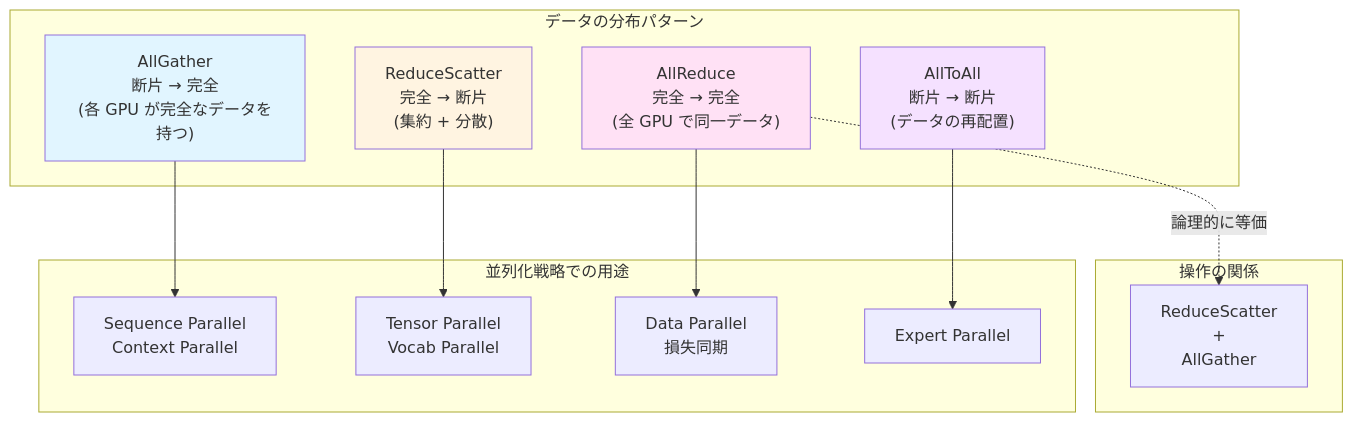
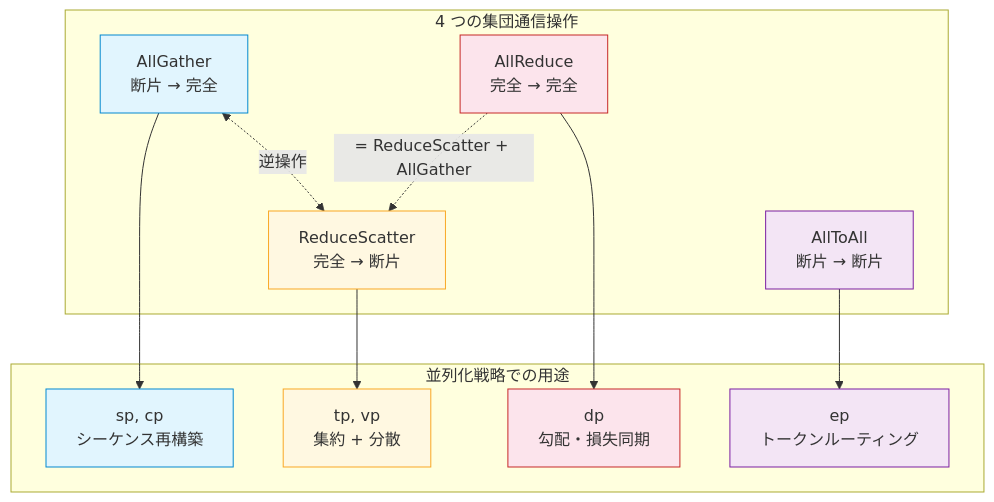
One commit to littlemex/zenn changed the second of 8 diagrams in books/ml-distributed-experiment-collection/transformer-distributed-parallelism.md. Above: the diagram before and after it, drawn with Mermaid. The commit also changed other lines of this file and 1 other file, not shown here.

````diff
--- a/books/ml-distributed-experiment-collection/transformer-distributed-parallelism.md
+++ b/books/ml-distributed-experiment-collection/transformer-distributed-parallelism.md
@@ -107,25 +154,33 @@
 ```mermaid
 graph TB
-    subgraph "データの分布パターン"
-        AG["AllGather<br/>断片 → 完全<br/>(各 GPU が完全なデータを持つ)"]
-        RS["ReduceScatter<br/>完全 → 断片<br/>(集約 + 分散)"]
-        AR["AllReduce<br/>完全 → 完全<br/>(全 GPU で同一データ)"]
-        A2A["AllToAll<br/>断片 → 断片<br/>(データの再配置)"]
+    subgraph collective ["4 つの集団通信操作"]
+        AG["AllGather<br/>断片 → 完全"]
+        RS["ReduceScatter<br/>完全 → 断片"]
+        AR["AllReduce<br/>完全 → 完全"]
+        A2A["AllToAll<br/>断片 → 断片"]
     end
 
-    subgraph "操作の関係"
-        AR -.->|"論理的に等価"| RSPAG["ReduceScatter<br/>+<br/>AllGather"]
+    AG <-.->|"逆操作"| RS
+    AR -.->|"= ReduceScatter + AllGather"| RS
+
+    subgraph usage ["並列化戦略での用途"]
+        AGUSE["sp, cp<br/>シーケンス再構築"]
+        RSUSE["tp, vp<br/>集約 + 分散"]
+        ARUSE["dp<br/>勾配・損失同期"]
+        A2AUSE["ep<br/>トークンルーティング"]
     end
 
-    subgraph "並列化戦略での用途"
-        AG --> AGUSE["Sequence Parallel<br/>Context Parallel"]
-        RS --> RSUSE["Tensor Parallel<br/>Vocab Parallel"]
-        AR --> ARUSE["Data Parallel<br/>損失同期"]
-        A2A --> A2AUSE["Expert Parallel"]
-    end
+    AG --> AGUSE
+    RS --> RSUSE
+    AR --> ARUSE
+    A2A --> A2AUSE
 
-    style AG fill: #e1f5ff
-    style RS fill: #fff4e1
-    style AR fill: #ffe1f5
-    style A2A fill: #f5e1ff
+    style AG fill: #e1f5fe,stroke: #0288d1
+    style RS fill: #fff8e1,stroke: #f9a825
+    style AR fill: #fce4ec,stroke: #c62828
+    style A2A fill: #f3e5f5,stroke: #7b1fa2
+    style AGUSE fill: #e1f5fe,stroke: #0288d1
+    style RSUSE fill: #fff8e1,stroke: #f9a825
+    style ARUSE fill: #fce4ec,stroke: #c62828
+    style A2AUSE fill: #f3e5f5,stroke: #7b1fa2
 ```
````
